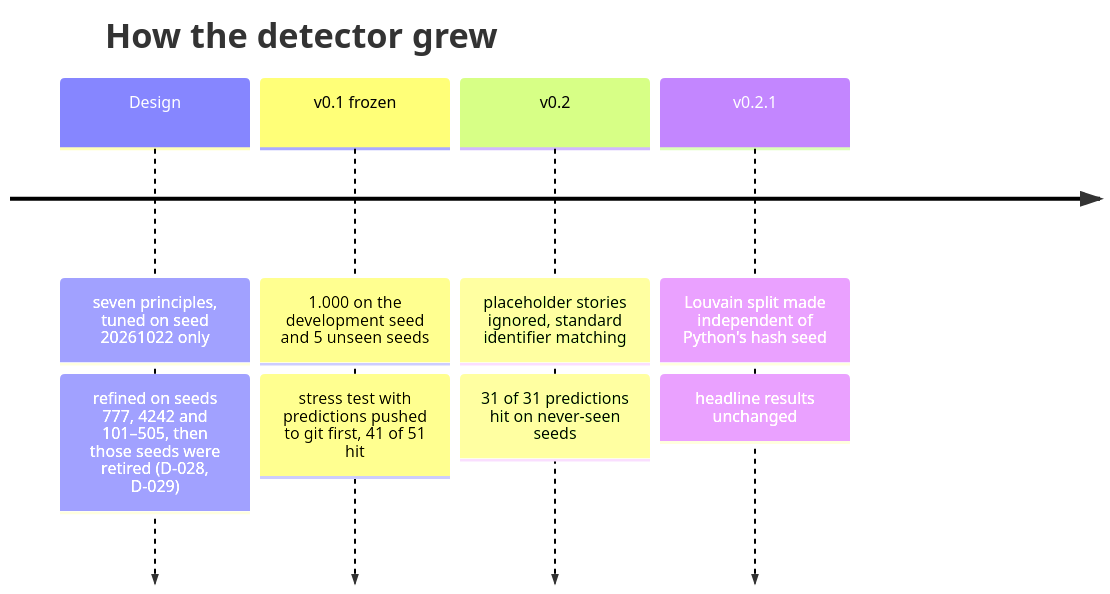
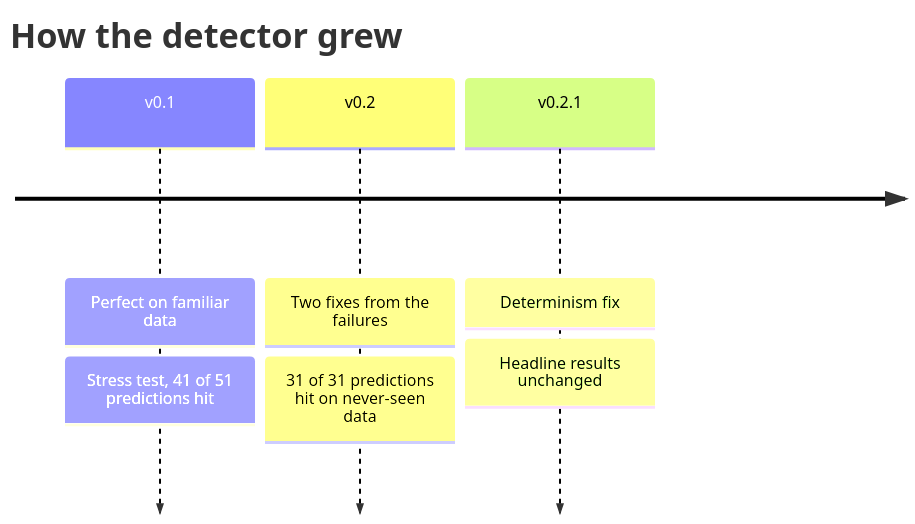
The fourth of 5 diagrams in README.md (dsservant28/Insurance-fraud-network-detection), drawn with Mermaid before and after one commit. The commit also changed other lines of this file, not shown here.

````diff
--- a/README.md
+++ b/README.md
@@ -164,12 +175,10 @@
 ```mermaid
 timeline
     title How the detector grew
-    Design : seven principles, tuned on seed 20261022 only
-           : refined on seeds 777, 4242 and 101–505, then those seeds were retired (D-028, D-029)
-    v0.1 frozen : 1.000 on the development seed and 5 unseen seeds
-               : stress test with predictions pushed to git first, 41 of 51 hit
-    v0.2 : placeholder stories ignored, standard identifier matching
-         : 31 of 31 predictions hit on never-seen seeds
-    v0.2.1 : Louvain split made independent of Python's hash seed
-           : headline results unchanged
+    v0.1 : Perfect on familiar data
+         : Stress test, 41 of 51 predictions hit
+    v0.2 : Two fixes from the failures
+         : 31 of 31 predictions hit on never-seen data
+    v0.2.1 : Determinism fix
+           : Headline results unchanged
 ```
````
